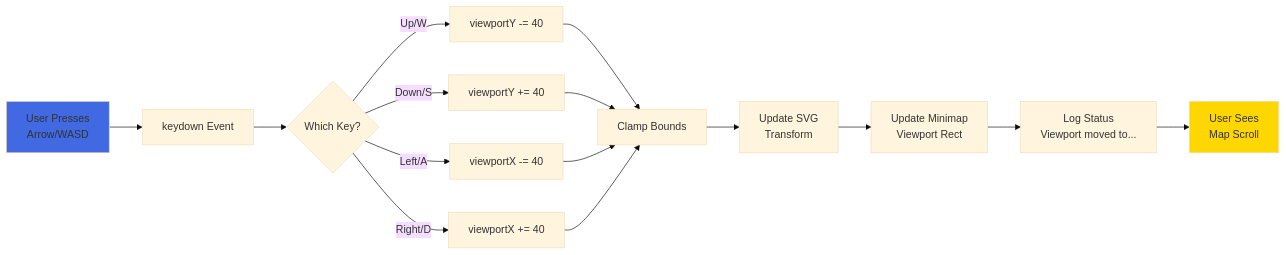
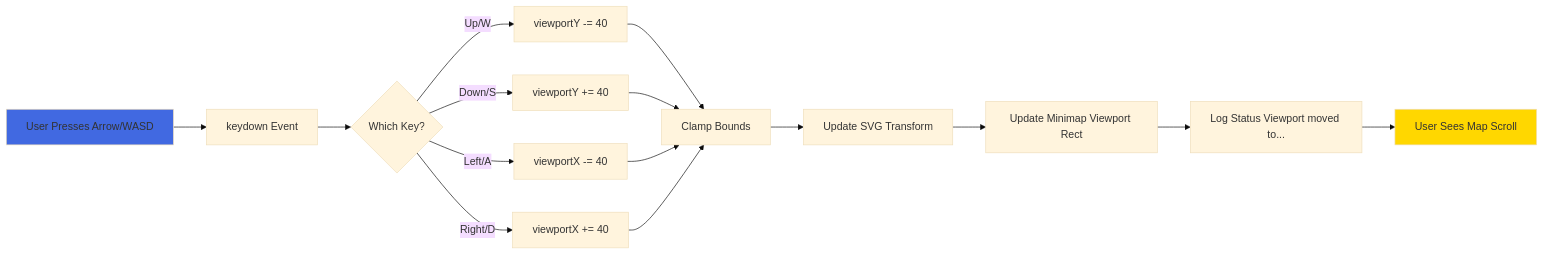
The seventh of 10 diagrams in wiki/Data-Flow.md (softwarewrighter/rts_mock), drawn with Mermaid (base theme) before and after one commit. The commit also changed other lines of this file and 5 other files, not shown here.

First line of the commit message:
Fix wiki Mermaid diagrams: remove <br/> tags

````diff
--- a/wiki/Data-Flow.md
+++ b/wiki/Data-Flow.md
@@ -289,24 +289,24 @@
 ```mermaid
 flowchart LR
-    A[User Presses<br/>Arrow/WASD] --> B[keydown Event]
+    A[User Presses Arrow/WASD] --> B[keydown Event]
     B --> C{Which Key?}
 
     C -->|Up/W| D[viewportY -= 40]
     C -->|Down/S| E[viewportY += 40]
     C -->|Left/A| F[viewportX -= 40]
     C -->|Right/D| G[viewportX += 40]
 
     D --> H[Clamp Bounds]
     E --> H
     F --> H
     G --> H
 
-    H --> I[Update SVG<br/>Transform]
-    I --> J[Update Minimap<br/>Viewport Rect]
+    H --> I[Update SVG Transform]
+    I --> J[Update Minimap Viewport Rect]
 
-    J --> K[Log Status<br/>Viewport moved to...]
-    K --> L[User Sees<br/>Map Scroll]
+    J --> K[Log Status Viewport moved to...]
+    K --> L[User Sees Map Scroll]
 
     style A fill:#4169E1
     style L fill:#FFD700
 ```
````
